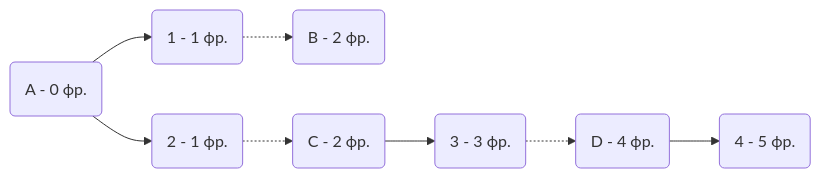
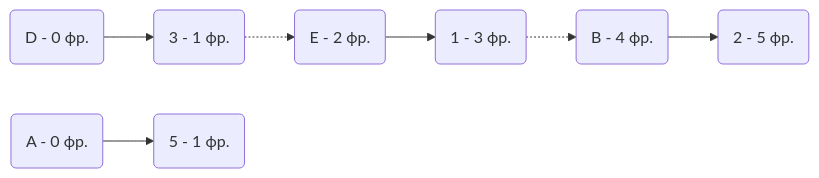
One commit to hse-algo-24-raven/manual-tasks-raven changed the fifth of 12 diagrams in task-8/pustobek.md. Above: the diagram before and after it, drawn with Mermaid. The commit also changed other lines of this file, not shown here.

````diff
--- a/task-8/pustobek.md
+++ b/task-8/pustobek.md
@@ -158,5 +160,5 @@
 ```mermaid
 graph LR
-    A(A - 0 фр.)  --> 1(1 - 1 фр.) -.-> B(B - 2 фр.)
-    A(A - 0 фр.)  --> 2(2 - 1 фр.) -.-> C(C - 2 фр.) --> 3(3 - 3 фр.) -.-> D(D - 4 фр.)  --> 4(4 - 5 фр.)
+    A(A - 0 фр.)  --> 5(5 - 1 фр.)
+    D(D - 0 фр.)  --> 3(3 - 1 фр.) -.-> E(E - 2 фр.) --> 1(1 - 3 фр.) -.-> B(B - 4 фр.)  --> 2(2 - 5 фр.)
 ```
````
